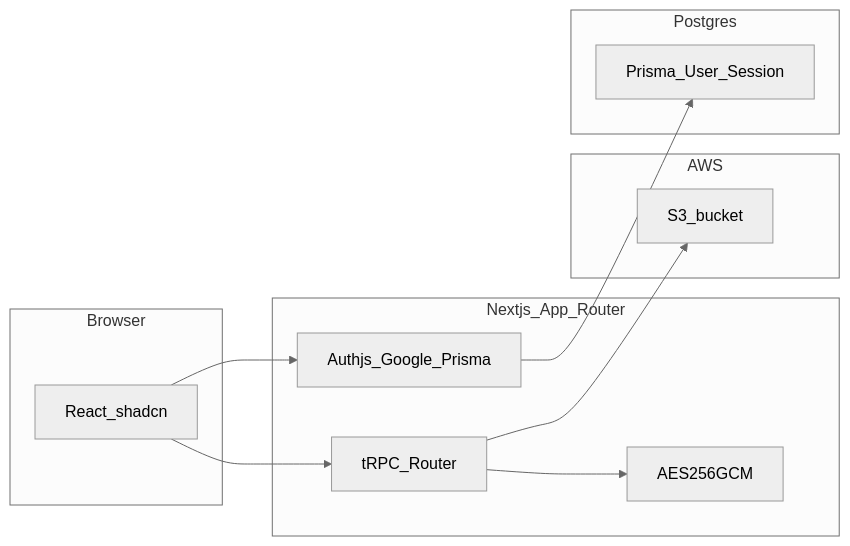
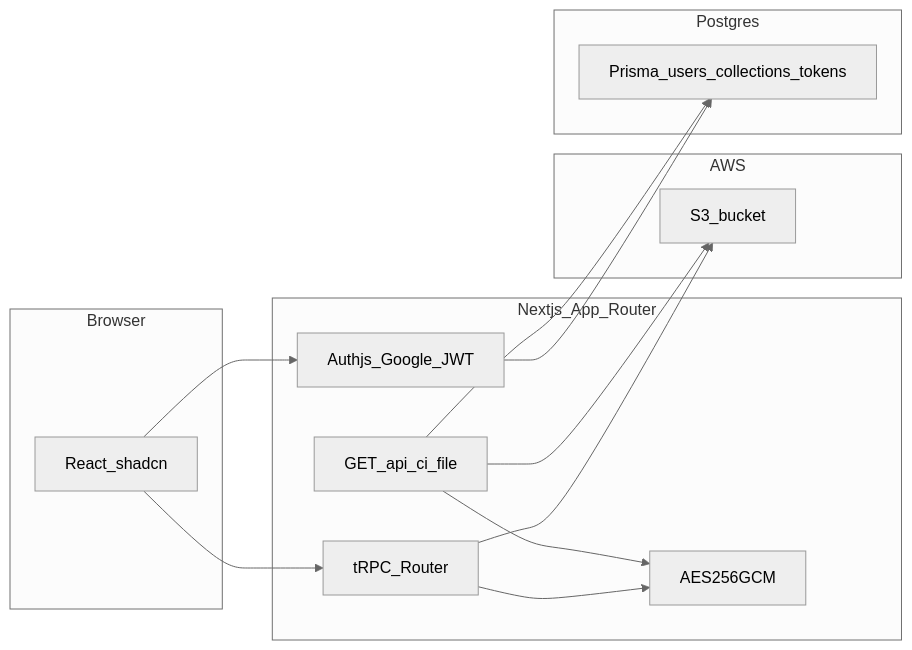
Before and after one commit to barecheck/cerberus: the diagram in docs/architecture.md, drawn with Mermaid (neutral theme). The commit also changed other lines of this file and 4 other files, not shown here.

First line of the commit message:
docs: align auth, CI API, collections, and dotenv Keys with code (#9)

````diff
--- a/docs/architecture.md
+++ b/docs/architecture.md
@@ -5,22 +5,26 @@
 ```mermaid
 flowchart LR
   subgraph browser [Browser]
     UI[React_shadcn]
   end
   subgraph next [Nextjs_App_Router]
-    Auth[Authjs_Google_Prisma]
+    Auth[Authjs_Google_JWT]
     TRPC[tRPC_Router]
+    CI[GET_api_ci_file]
     Crypto[AES256GCM]
   end
   subgraph aws [AWS]
     S3[S3_bucket]
   end
   subgraph db [Postgres]
-    Prisma[Prisma_User_Session]
+    Prisma[Prisma_users_collections_tokens]
   end
   UI --> Auth
   UI --> TRPC
   TRPC --> Crypto
   TRPC --> S3
   Auth --> Prisma
+  CI --> Prisma
+  CI --> Crypto
+  CI --> S3
 ```
````
